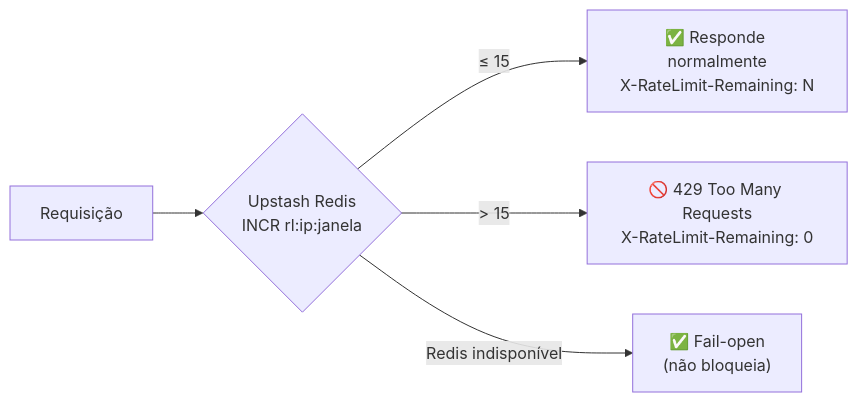
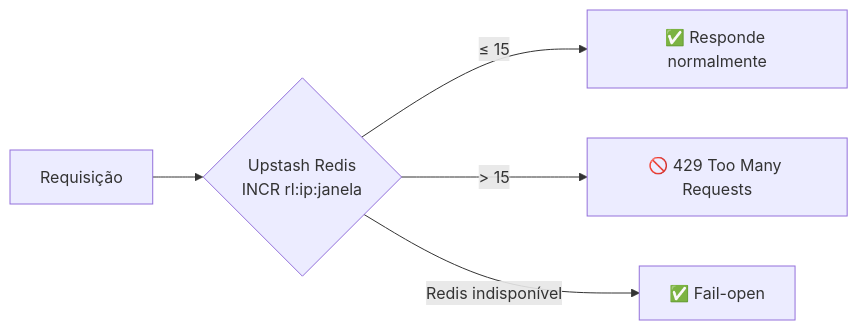
One commit to Codar-Sistemas/hospitais-referencia-api changed the third of 4 diagrams in README.md. Above: the diagram before and after it, drawn with Mermaid. The commit also changed other lines of this file, not shown here.

````diff
--- a/README.md
+++ b/README.md
@@ -397,7 +380,7 @@
 ```mermaid
 graph LR
     REQ["Requisição"] --> CHECK{"Upstash Redis<br/>INCR rl:ip:janela"}
-    CHECK -->|"≤ 15"| OK["✅ Responde normalmente<br/>X-RateLimit-Remaining: N"]
-    CHECK -->|"> 15"| BLOCK["🚫 429 Too Many Requests<br/>X-RateLimit-Remaining: 0"]
-    CHECK -->|"Redis indisponível"| PASSTHROUGH["✅ Fail-open<br/>(não bloqueia)"]
+    CHECK -->|"≤ 15"| OK["✅ Responde normalmente"]
+    CHECK -->|"> 15"| BLOCK["🚫 429 Too Many Requests"]
+    CHECK -->|"Redis indisponível"| PASSTHROUGH["✅ Fail-open"]
 ```
````
